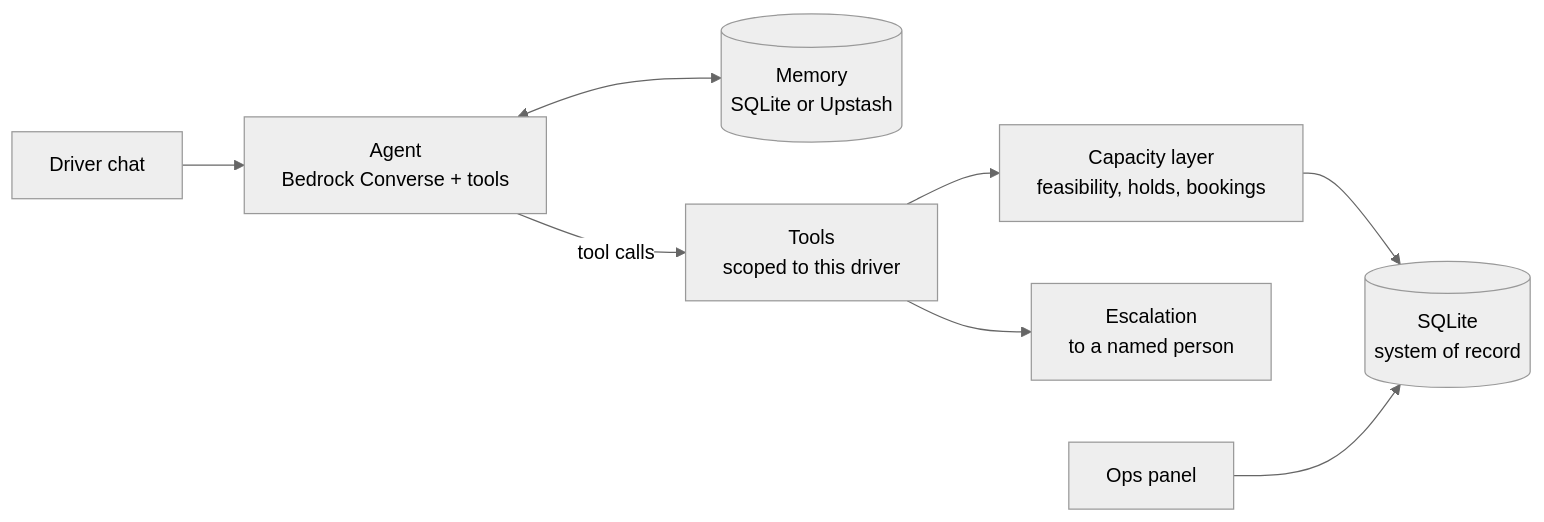
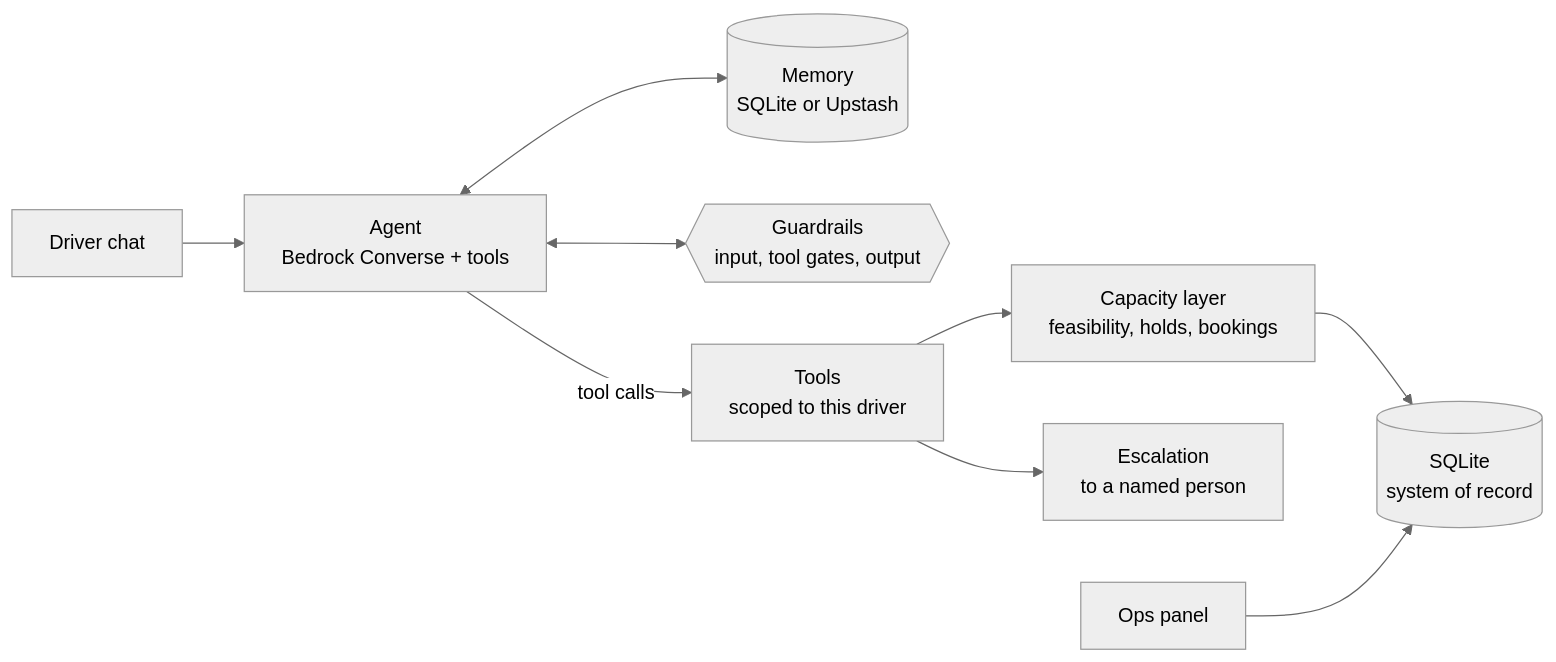
One commit to Ashadeepa/setuhaul-exception-agent changed the diagram in README.md. Above: the diagram before and after it, drawn with Mermaid (neutral theme). The commit also changed other lines of this file and 13 other files, not shown here.

````diff
--- a/README.md
+++ b/README.md
@@ -16,10 +16,11 @@
 ```mermaid
 flowchart LR
     D[Driver chat] --> A[Agent<br/>Bedrock Converse + tools]
     A <--> M[(Memory<br/>SQLite or Upstash)]
+    A <--> G{{Guardrails<br/>input, tool gates, output}}
     A -->|tool calls| T[Tools<br/>scoped to this driver]
     T --> C[Capacity layer<br/>feasibility, holds, bookings]
     C --> DB[(SQLite<br/>system of record)]
     T --> E[Escalation<br/>to a named person]
     O[Ops panel] --> DB
 ```
````
